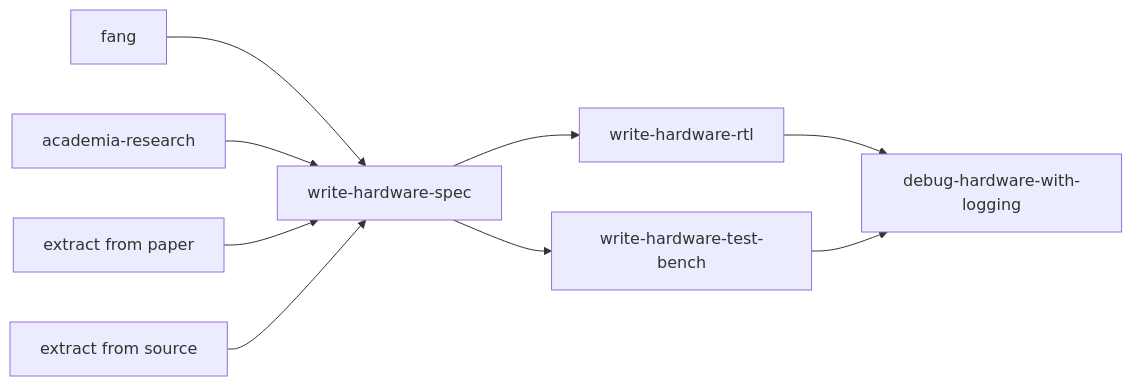
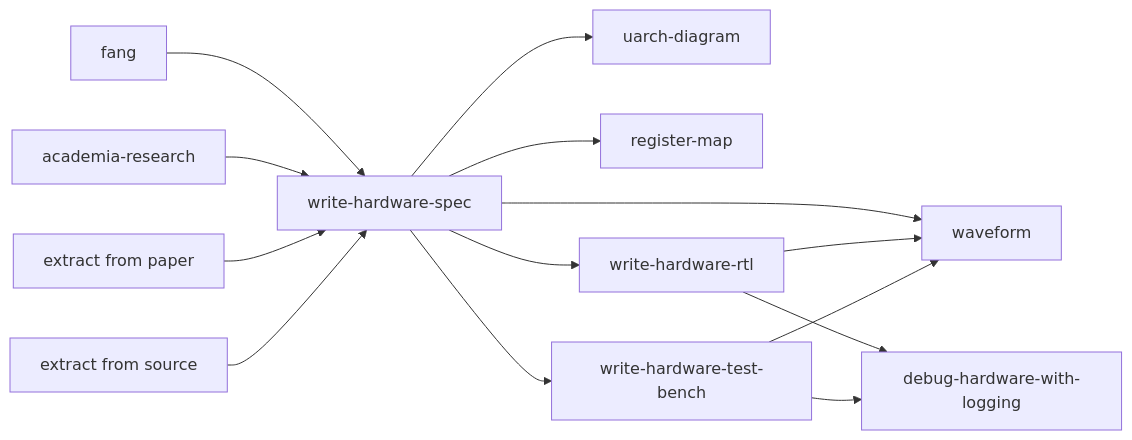
Before and after one commit to jimwang99/system-architect-skills: the diagram in README.md, drawn with Mermaid. The commit also changed other lines of this file and 15 other files, not shown here.

Commit message:
draw uarch-diagram, register-map, waveform

````diff
--- a/README.md
+++ b/README.md
@@ -32,11 +38,16 @@
 ```mermaid
 flowchart LR
     Fang[fang] --> Spec[write-hardware-spec]
     Research[academia-research] --> Spec
     Paper[extract from paper] --> Spec
     Source[extract from source] --> Spec
+    Spec --> Diagram[uarch-diagram]
+    Spec --> Wave[waveform]
+    Spec --> Registers[register-map]
     Spec --> RTL[write-hardware-rtl]
     Spec --> TB[write-hardware-test-bench]
+    RTL --> Wave
+    TB --> Wave
     RTL --> Debug[debug-hardware-with-logging]
     TB --> Debug
 ```
````
